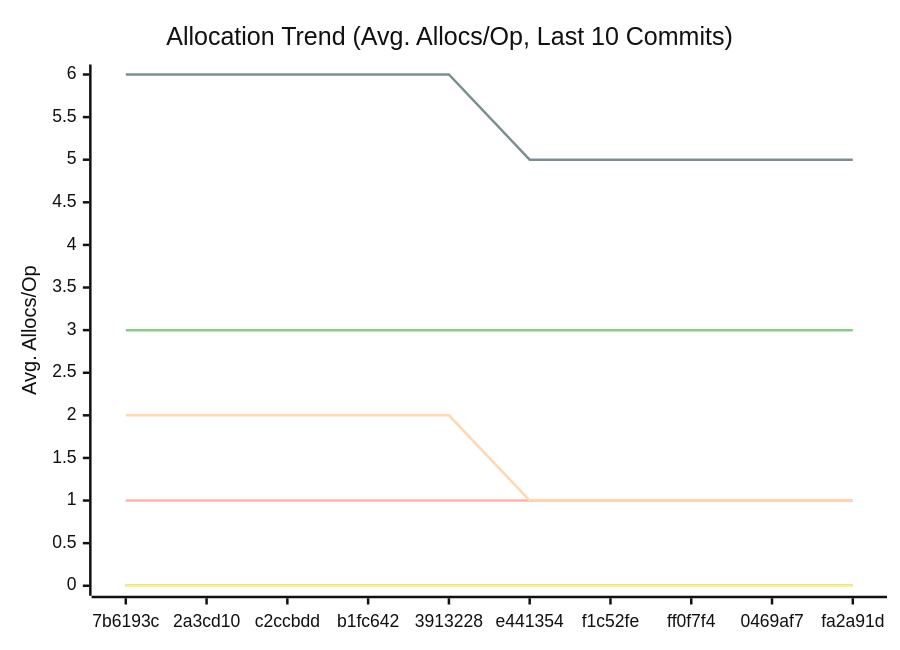
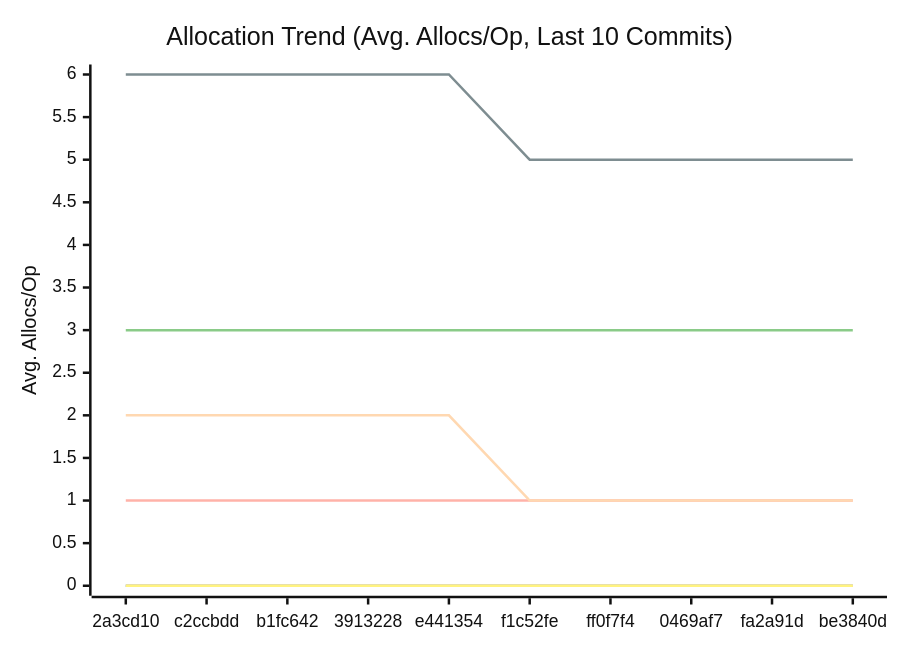
The third of 3 diagrams in docs/PERFORMANCE.md (alsotoes/momo), drawn with Mermaid (neutral theme) before and after one commit. The commit also changed other lines of this file and 1 other file, not shown here.

````diff
--- a/docs/PERFORMANCE.md
+++ b/docs/PERFORMANCE.md
@@ -114,16 +114,16 @@
 ```mermaid
 xychart-beta
     title "Allocation Trend (Avg. Allocs/Op, Last 10 Commits)"
     x-axis "Commit"
     y-axis "Avg. Allocs/Op"
-    x-axis [7b6193c,2a3cd10,c2ccbdd,b1fc642,3913228,e441354,f1c52fe,ff0f7f4,0469af7,fa2a91d]
+    x-axis [2a3cd10,c2ccbdd,b1fc642,3913228,e441354,f1c52fe,ff0f7f4,0469af7,fa2a91d,be3840d]
     line "CheckMetricsAndSwap" [0,0,0,0,0,0,0,0,0,0]
     line "CrushOptimized" [0,0,0,0,0,0,0,0,0,0]
     line "CrushOriginal" [3,3,3,3,3,3,3,3,3,3]
     line "IndexDirectTracking" [0,0,0,0,0,0,0,0,0,0]
     line "IndexSearch" [0,0,0,0,0,0,0,0,0,0]
     line "LoadGlobalConfig" [1,1,1,1,1,1,1,1,1,1]
     line "PadString" [0,0,0,0,0,0,0,0,0,0]
     line "ParseReplicationOrder_NoPrealloc" [6,6,6,6,6,5,5,5,5,5]
     line "ParseReplicationOrder_Prealloc" [2,2,2,2,2,1,1,1,1,1]
 ```
````
